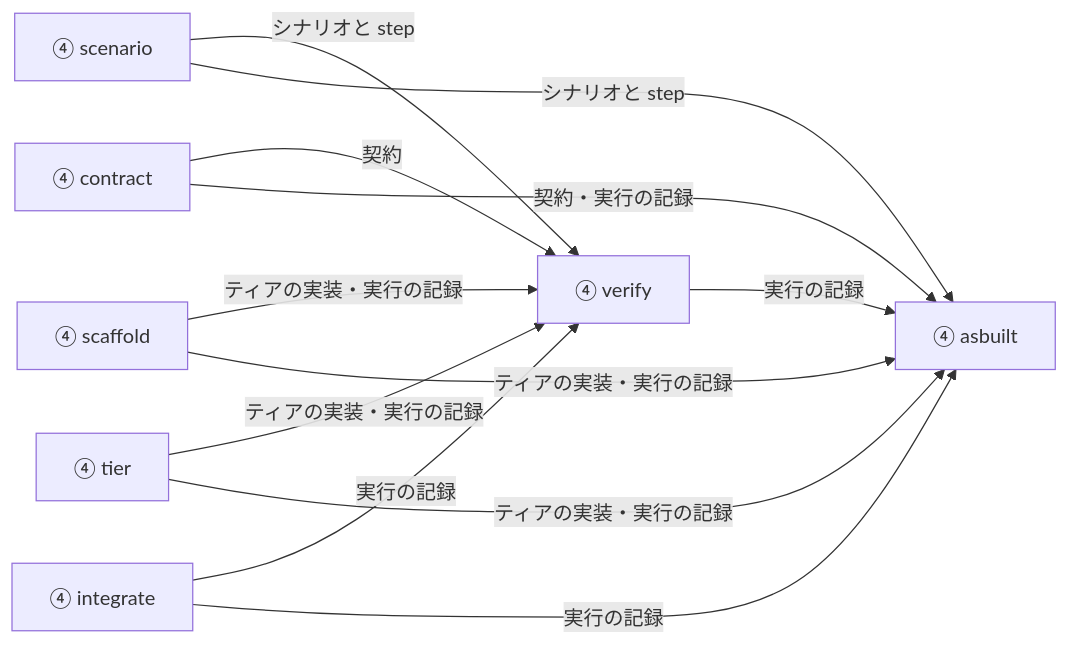
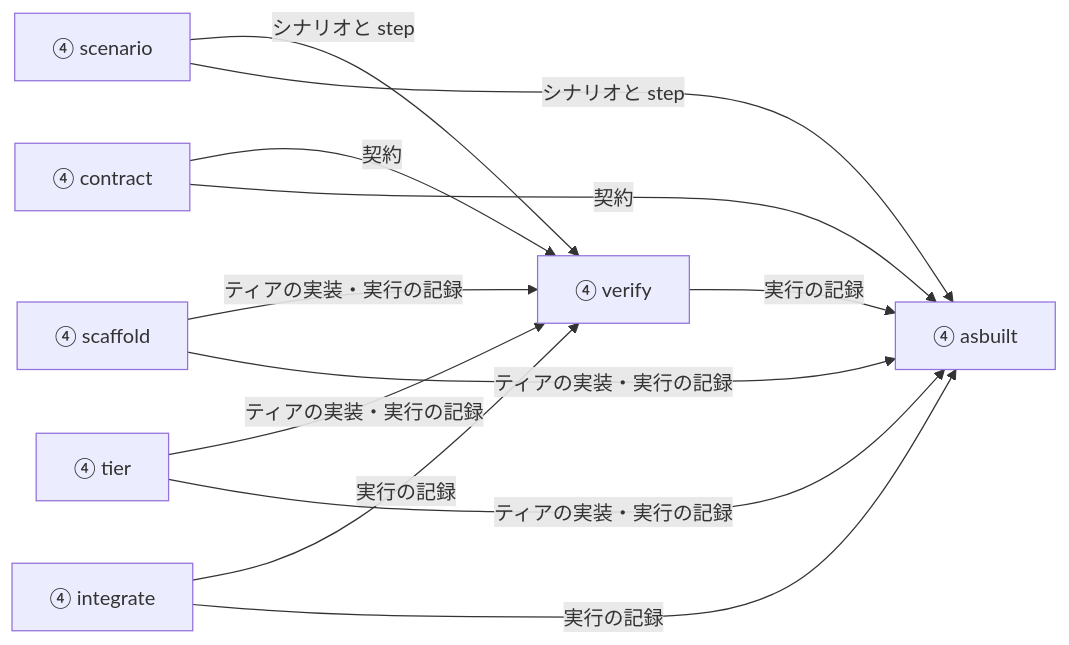
One commit to suwa-sh/suwa-sh-claude-plugins changed the third of 53 diagrams in plugins/distillery2/skills/d2-common/references/dataflow.md. Above: the diagram before and after it, drawn with Mermaid. The commit also changed other lines of this file and 19 other files, not shown here.

````diff
--- a/plugins/distillery2/skills/d2-common/references/dataflow.md
+++ b/plugins/distillery2/skills/d2-common/references/dataflow.md
@@ -108,21 +108,21 @@
 ```mermaid
 flowchart LR
   st_scenario["④ scenario"]
   st_contract["④ contract"]
   st_scaffold["④ scaffold"]
   st_tier["④ tier"]
   st_integrate["④ integrate"]
   st_verify["④ verify"]
   st_asbuilt["④ asbuilt"]
   st_scenario -->|"シナリオと step"| st_verify
   st_scenario -->|"シナリオと step"| st_asbuilt
   st_contract -->|"契約"| st_verify
-  st_contract -->|"契約・実行の記録"| st_asbuilt
+  st_contract -->|"契約"| st_asbuilt
   st_scaffold -->|"ティアの実装・実行の記録"| st_verify
   st_scaffold -->|"ティアの実装・実行の記録"| st_asbuilt
   st_tier -->|"ティアの実装・実行の記録"| st_verify
   st_tier -->|"ティアの実装・実行の記録"| st_asbuilt
   st_integrate -->|"実行の記録"| st_verify
   st_integrate -->|"実行の記録"| st_asbuilt
   st_verify -->|"実行の記録"| st_asbuilt
 ```
````
